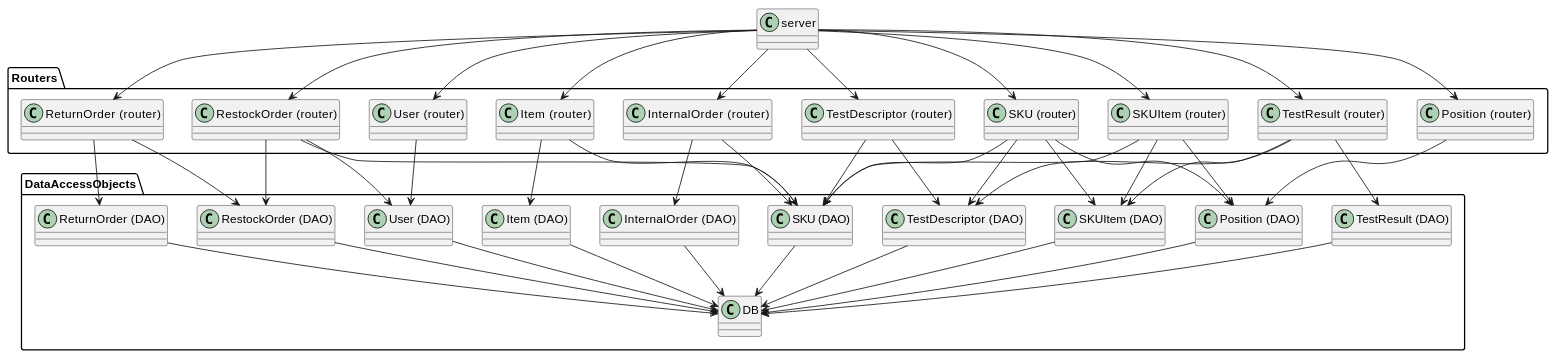
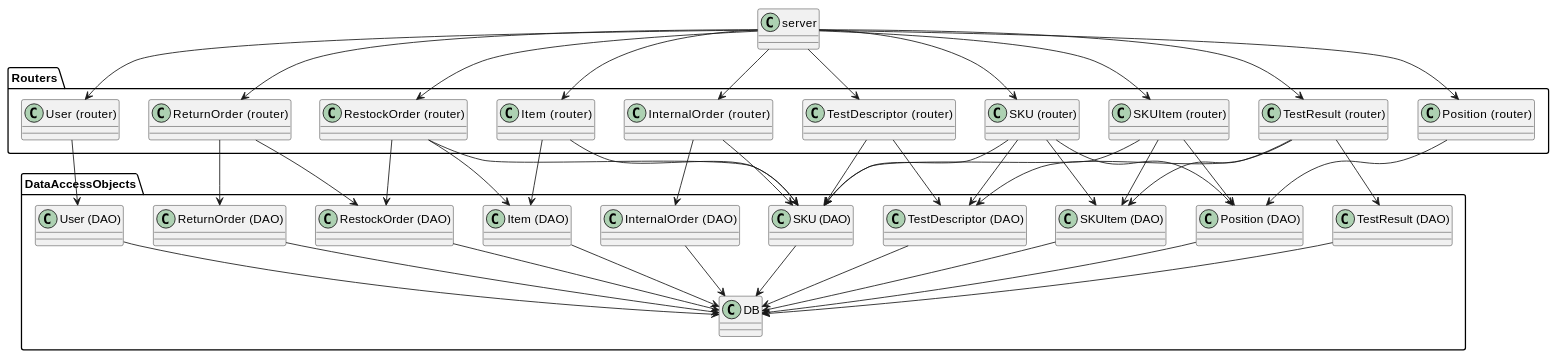
The second of 10 diagrams in DesignDocument.md (flaviociravegna/softeng-ezwh), drawn with PlantUML before and after one commit. The commit also changed other lines of this file and 3 other files, not shown here.

````diff
--- a/DesignDocument.md
+++ b/DesignDocument.md
@@ -55,81 +55,81 @@
 ```plantuml
 @startuml
 
 
 class server{ }
 
 package Routers {
   class "SKU (router)"{ }
   class "SKUItem (router)"{ }
   class "TestDescriptor (router)"{ }
   class "TestResult (router)"{ }
   class "User (router)"{ }
   class "InternalOrder (router)"{ }
   class "RestockOrder (router)"{ }
   class "ReturnOrder (router)"{ }
   class "Item (router)"{ }
   class "Position (router)"{ }
 }
 
 package DataAccessObjects {
   class "SKU (DAO)"{ }
   class "SKUItem (DAO)"{ }
   class "TestDescriptor (DAO)"{ }
   class "TestResult (DAO)"{ }
   class "User (DAO)"{ }
   class "InternalOrder (DAO)"{ }
   class "RestockOrder (DAO)"{ }
   class "ReturnOrder (DAO)"{ }
   class "Item (DAO)"{ }
   class "Position (DAO)"{ }
   class DB {}
 }
 
 server --> "SKU (router)"
 server --> "SKUItem (router)"
 server --> "TestDescriptor (router)"
 server --> "TestResult (router)"
 server --> "Item (router)"
 server --> "InternalOrder (router)"
 server --> "User (router)"
 server --> "RestockOrder (router)"
 server --> "ReturnOrder (router)"
 server --> "Position (router)"
 
 "SKU (router)" --> "SKU (DAO)"
 "SKU (router)" --> "SKUItem (DAO)"
 "SKU (router)" --> "Position (DAO)"
 "SKU (router)" --> "TestDescriptor (DAO)"
 "SKUItem (router)" --> "SKU (DAO)"
 "SKUItem (router)" --> "Position (DAO)"
 "SKUItem (router)" --> "SKUItem (DAO)"
 "TestDescriptor (router)" --> "SKU (DAO)"
 "TestDescriptor (router)" --> "TestDescriptor (DAO)"
 "TestResult (router)" --> "TestDescriptor (DAO)"
 "TestResult (router)" --> "SKUItem (DAO)"
 "TestResult (router)" --> "TestResult (DAO)"
 "Item (router)" --> "SKU (DAO)"
 "Item (router)" --> "Item (DAO)"
 "InternalOrder (router)" --> "SKU (DAO)"
 "InternalOrder (router)" --> "InternalOrder (DAO)"
 "User (router)" --> "User (DAO)"
 "RestockOrder (router)" --> "RestockOrder (DAO)"
 "RestockOrder (router)" --> "SKU (DAO)"
-"RestockOrder (router)" --> "User (DAO)"
+"RestockOrder (router)" --> "Item (DAO)"
 "ReturnOrder (router)" --> "ReturnOrder (DAO)"
 "ReturnOrder (router)" --> "RestockOrder (DAO)"
 "Position (router)" --> "Position (DAO)"
 
 "SKU (DAO)" --> DB
 "SKUItem (DAO)" --> DB
 "TestDescriptor (DAO)" --> DB
 "TestResult (DAO)" --> DB
 "Item (DAO)" --> DB
 "InternalOrder (DAO)" --> DB
 "User (DAO)" --> DB
 "RestockOrder (DAO)" --> DB
 "ReturnOrder (DAO)" --> DB
 "Position (DAO)" --> DB
 @enduml
 
 ```
````
